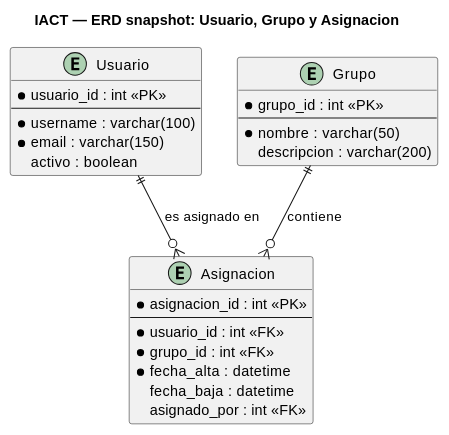
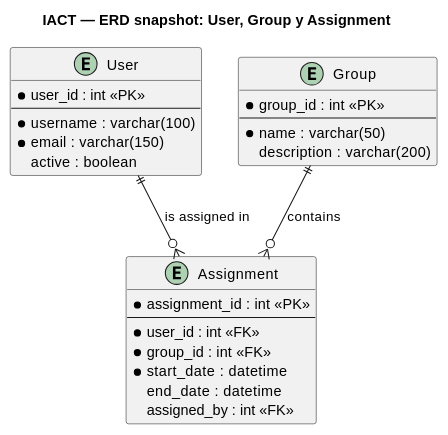
One commit to jcg-admin/IACT-docs changed the diagram in source/requisitos/_metodologia-aplicacion/analisis-dominio/ejemplo-iact-usuario-grupo.rst. Above: the diagram before and after it, drawn with PlantUML. The commit also changed 21 other files, not shown here.

```diff
--- a/source/requisitos/_metodologia-aplicacion/analisis-dominio/ejemplo-iact-usuario-grupo.rst
+++ b/source/requisitos/_metodologia-aplicacion/analisis-dominio/ejemplo-iact-usuario-grupo.rst
@@ -21,33 +21,33 @@
 .. uml::
 
    @startuml
-   title IACT — ERD snapshot: Usuario, Grupo y Asignacion
+   title IACT — ERD snapshot: User, Group y Assignment
 
-   entity Usuario {
-     * usuario_id : int <<PK>>
+   entity User {
+     * user_id : int <<PK>>
      --
      * username : varchar(100)
      * email : varchar(150)
-     activo : boolean
+     active : boolean
    }
 
-   entity Grupo {
-     * grupo_id : int <<PK>>
+   entity Group {
+     * group_id : int <<PK>>
      --
-     * nombre : varchar(50)
-     descripcion : varchar(200)
+     * name : varchar(50)
+     description : varchar(200)
    }
 
-   entity Asignacion {
-     * asignacion_id : int <<PK>>
+   entity Assignment {
+     * assignment_id : int <<PK>>
      --
-     * usuario_id : int <<FK>>
-     * grupo_id : int <<FK>>
-     * fecha_alta : datetime
-     fecha_baja : datetime
-     asignado_por : int <<FK>>
+     * user_id : int <<FK>>
+     * group_id : int <<FK>>
+     * start_date : datetime
+     end_date : datetime
+     assigned_by : int <<FK>>
    }
 
-   Usuario ||--o{ Asignacion : "es asignado en"
-   Grupo ||--o{ Asignacion : "contiene"
+   User ||--o{ Assignment : "is assigned in"
+   Group ||--o{ Assignment : "contains"
    @enduml
```
